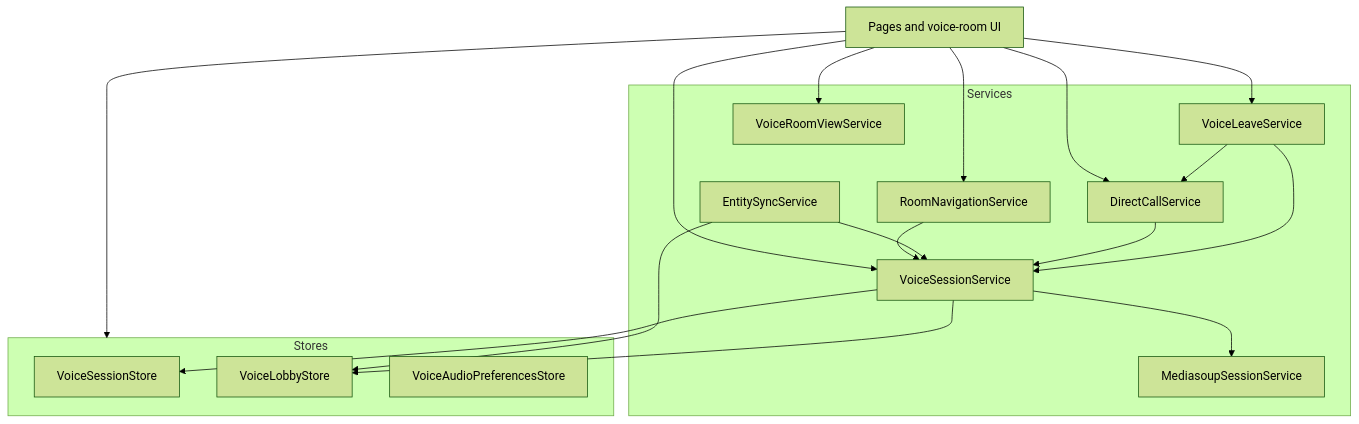
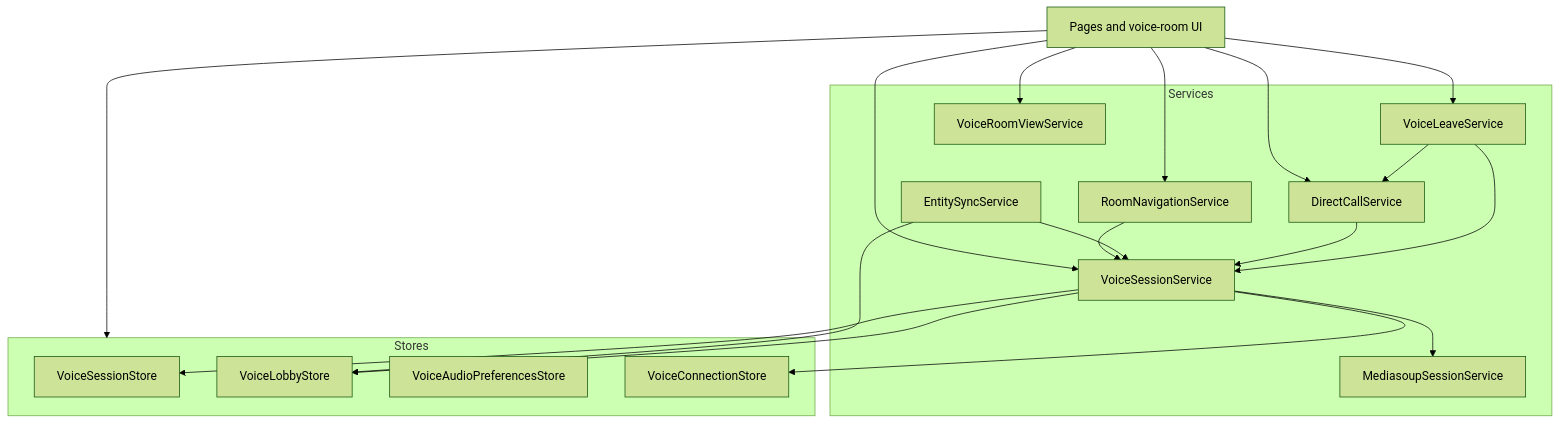
One commit to Quenary/konvoez changed the first of 3 diagrams in docs/frontend/VOICE.md. Above: the diagram before and after it, drawn with Mermaid (forest theme). The commit also changed other lines of this file and 29 other files, not shown here.

Commit message:
feat: voice connection health

````diff
--- a/docs/frontend/VOICE.md
+++ b/docs/frontend/VOICE.md
@@ -9,36 +9,38 @@
 ```mermaid
 flowchart TB
   UI[Pages and voice-room UI]
 
   subgraph Stores
     VSS[VoiceSessionStore]
     VLS[VoiceLobbyStore]
     VAP[VoiceAudioPreferencesStore]
+    VCS[VoiceConnectionStore]
   end
 
   subgraph Services
     Nav[RoomNavigationService]
     Sync[EntitySyncService]
     Session[VoiceSessionService]
     Ms[MediasoupSessionService]
     DC[DirectCallService]
     Leave[VoiceLeaveService]
     View[VoiceRoomViewService]
   end
 
   UI --> Stores
   UI --> Nav
   UI --> Session
   UI --> DC
   UI --> Leave
   UI --> View
   Nav --> Session
   Sync --> VLS
   Sync --> Session
   DC --> Session
   Session --> VSS
   Session --> VLS
+  Session --> VCS
   Session --> Ms
   Leave --> DC
   Leave --> Session
 ```
````
